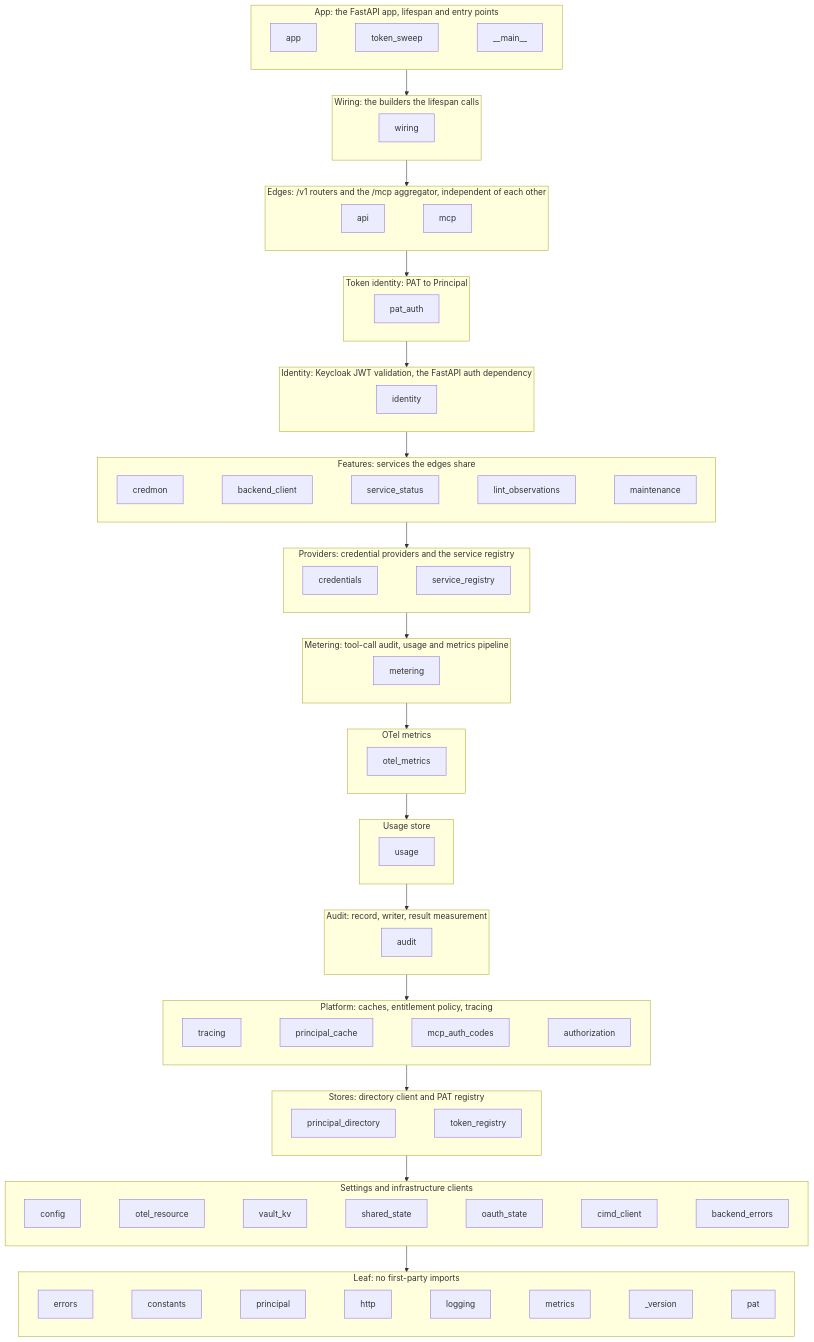
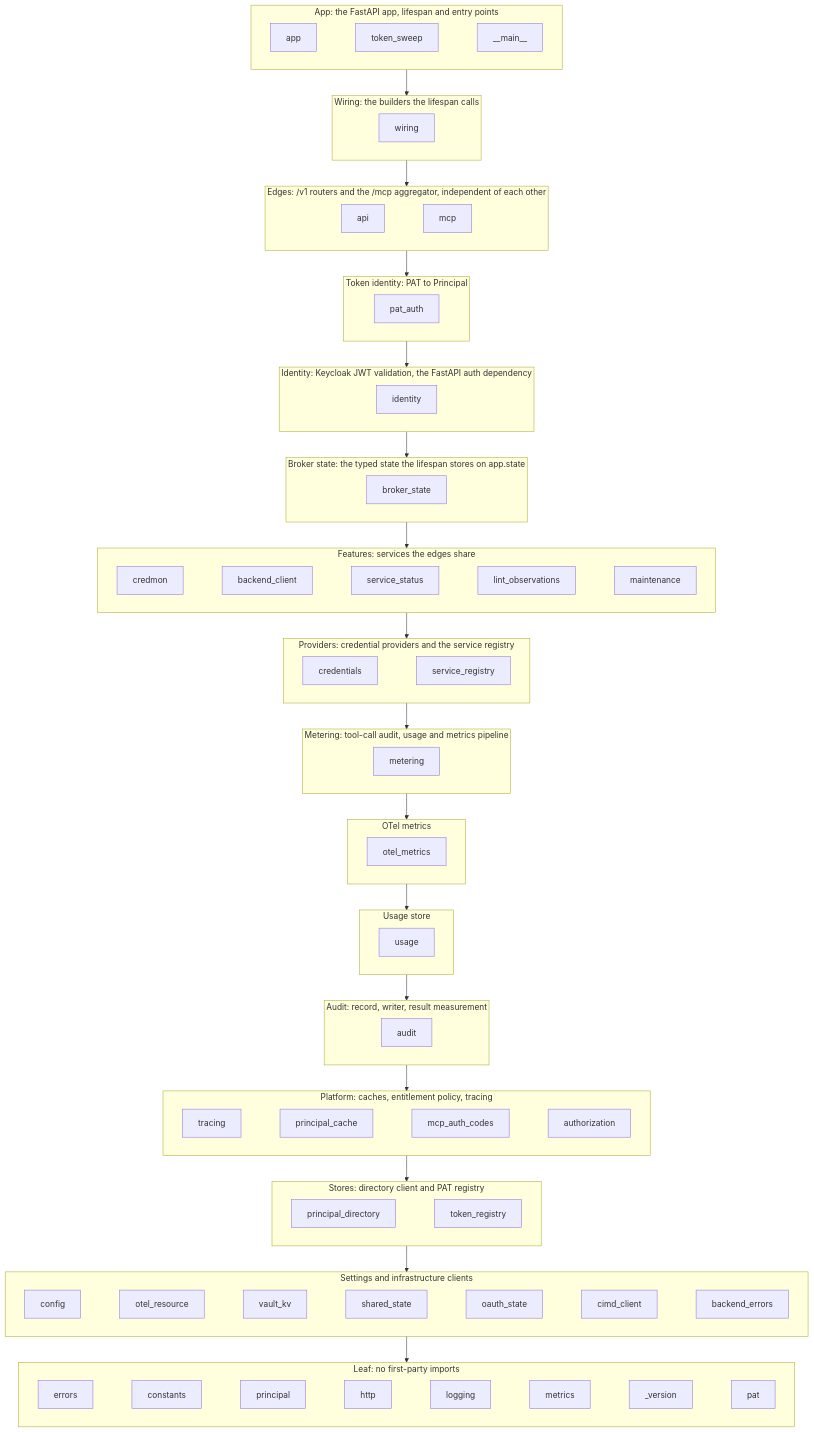
The diagram in docs/architecture.md (maniaclab/af-mcp-platform), drawn with Mermaid before and after one commit. The commit also changed other lines of this file and 76 other files, not shown here.

First line of the commit message:
refactor(broker): typed access to the broker's shared state (#430)

````diff
--- a/docs/architecture.md
+++ b/docs/architecture.md
@@ -352,6 +352,10 @@
     subgraph ident["Identity: Keycloak JWT validation, the FastAPI auth dependency"]
         direction LR
         m_identity["identity"]
+    end
+    subgraph stateL["Broker state: the typed state the lifespan stores on app.state"]
+        direction LR
+        m_broker_state["broker_state"]
     end
     subgraph features["Features: services the edges share"]
         direction LR
@@ -421,5 +425,5 @@
         m_pat["pat"]
         m_errors ~~~ m_constants ~~~ m_principal ~~~ m_http ~~~ m_logging ~~~ m_metrics ~~~ m_version ~~~ m_pat
     end
-    appL --> wiring --> edges --> tokenid --> ident --> features --> providers --> meteringL --> otelL --> usageL --> auditL --> platform --> stores --> settings --> leaf
+    appL --> wiring --> edges --> tokenid --> ident --> stateL --> features --> providers --> meteringL --> otelL --> usageL --> auditL --> platform --> stores --> settings --> leaf
 ```
````
